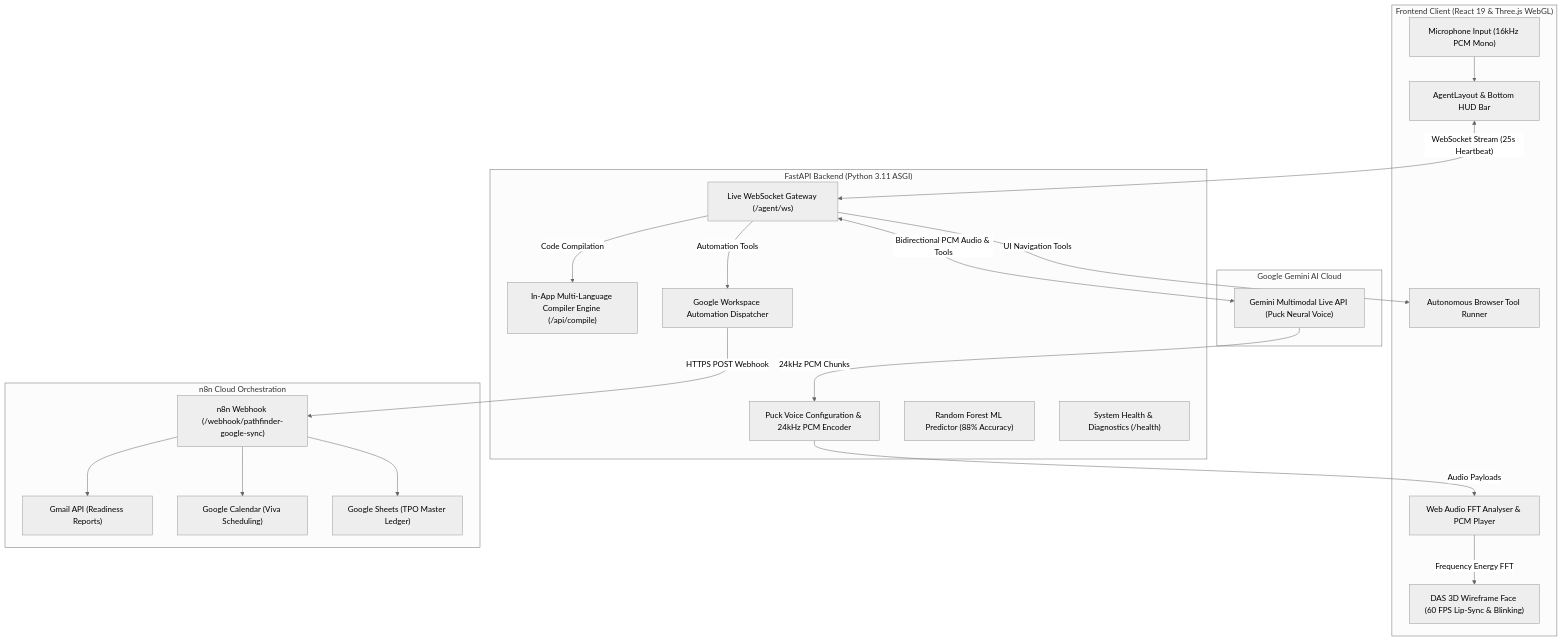
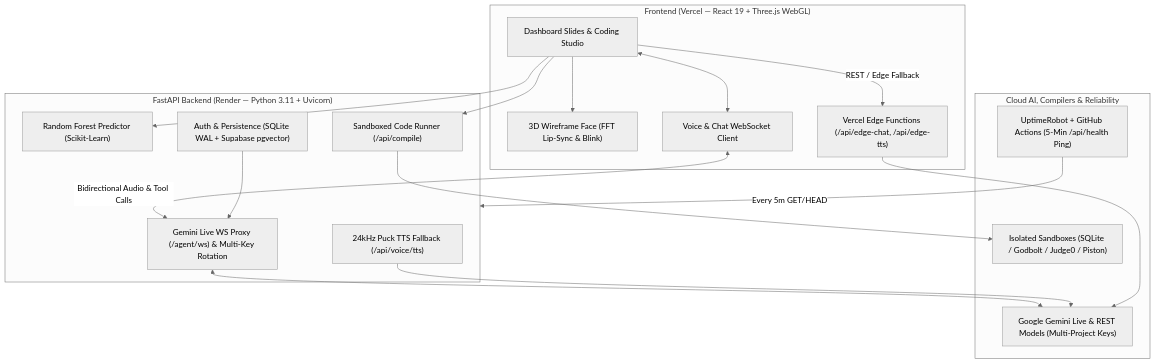
Before and after one commit to dileepbommali16-ops/pathfinder: the diagram in README.md, drawn with Mermaid (neutral theme). The commit also changed other lines of this file and 14 other files, not shown here.

Commit message:
chore: polish production voice/edge failover, remove legacy refs, update README

````diff
--- a/README.md
+++ b/README.md
@@ -90,44 +47,36 @@
 ```mermaid
 flowchart TB
-    subgraph Client["Frontend Client (React 19 & Three.js WebGL)"]
-        Mic["Microphone Input (16kHz PCM Mono)"]
-        Avatar3D["DAS 3D Wireframe Face (60 FPS Lip-Sync & Blinking)"]
-        AgentLayout["AgentLayout & Bottom HUD Bar"]
-        ToolRunner["Autonomous Browser Tool Runner"]
-        AudioEngine["Web Audio FFT Analyser & PCM Player"]
+    subgraph Client["Frontend (Vercel — React 19 + Three.js WebGL)"]
+        UI["Dashboard Slides & Coding Studio"]
+        Avatar["3D Wireframe Face (FFT Lip-Sync & Blink)"]
+        WSClient["Voice & Chat WebSocket Client"]
+        EdgeAPI["Vercel Edge Functions (/api/edge-chat, /api/edge-tts)"]
     end
 
-    subgraph Backend["FastAPI Backend (Python 3.11 ASGI)"]
-        WSGateway["Live WebSocket Gateway (/agent/ws)"]
-        PuckVoice["Puck Voice Configuration & 24kHz PCM Encoder"]
-        MLEngine["Random Forest ML Predictor (88% Accuracy)"]
-        HealthRouter["System Health & Diagnostics (/health)"]
-        CompilerAPI["In-App Multi-Language Compiler Engine (/api/compile)"]
-        GoogleAuto["Google Workspace Automation Dispatcher"]
+    subgraph Backend["FastAPI Backend (Render — Python 3.11 + Uvicorn)"]
+        LiveProxy["Gemini Live WS Proxy (/agent/ws) & Multi-Key Rotation"]
+        ML["Random Forest Predictor (Scikit-Learn)"]
+        Compiler["Sandboxed Code Runner (/api/compile)"]
+        AuthDB["Auth & Persistence (SQLite WAL + Supabase pgvector)"]
+        VoiceTTS["24kHz Puck TTS Fallback (/api/voice/tts)"]
     end
 
-    subgraph GoogleAI["Google Gemini AI Cloud"]
-        GeminiLive["Gemini Multimodal Live API (Puck Neural Voice)"]
+    subgraph External["Cloud AI, Compilers & Reliability"]
+        Gemini["Google Gemini Live & REST Models (Multi-Project Keys)"]
+        Sandboxes["Isolated Sandboxes (SQLite / Godbolt / Judge0 / Piston)"]
+        KeepAlive["UptimeRobot + GitHub Actions (5-Min /api/health Ping)"]
     end
 
-    subgraph Automation["n8n Cloud Orchestration"]
-        N8N["n8n Webhook (/webhook/pathfinder-google-sync)"]
-        Gmail["Gmail API (Readiness Reports)"]
-        GCal["Google Calendar (Viva Scheduling)"]
-        GSheets["Google Sheets (TPO Master Ledger)"]
-    end
-
-    Mic --> AgentLayout
-    AgentLayout <-->|"WebSocket Stream (25s Heartbeat)"| WSGateway
-    WSGateway <-->|"Bidirectional PCM Audio & Tools"| GeminiLive
-    GeminiLive -->|"24kHz PCM Chunks"| PuckVoice
-    PuckVoice -->|"Audio Payloads"| AudioEngine
-    AudioEngine -->|"Frequency Energy FFT"| Avatar3D
-    WSGateway -->|"UI Navigation Tools"| ToolRunner
-    WSGateway -->|"Code Compilation"| CompilerAPI
-    WSGateway -->|"Automation Tools"| GoogleAuto
-    GoogleAuto -->|"HTTPS POST Webhook"| N8N
-    N8N --> Gmail
-    N8N --> GCal
-    N8N --> GSheets
+    UI --> Avatar
+    UI <--> WSClient
+    WSClient <-->|"Bidirectional Audio & Tool Calls"| LiveProxy
+    UI -->|"REST / Edge Fallback"| EdgeAPI
+    LiveProxy <--> Gemini
+    VoiceTTS --> Gemini
+    EdgeAPI --> Gemini
+    UI --> ML
+    UI --> Compiler
+    Compiler --> Sandboxes
+    AuthDB --> LiveProxy
+    KeepAlive -->|"Every 5m GET/HEAD"| Backend
 ```
````
